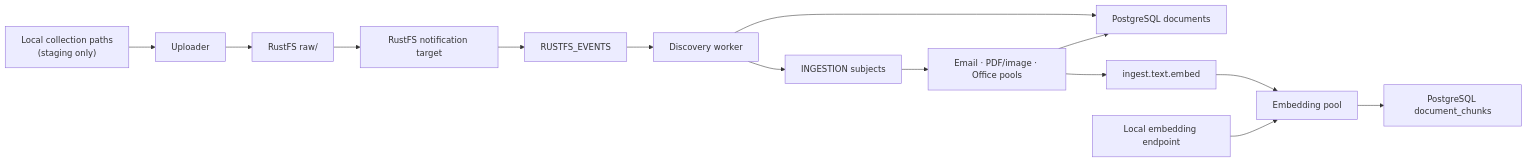
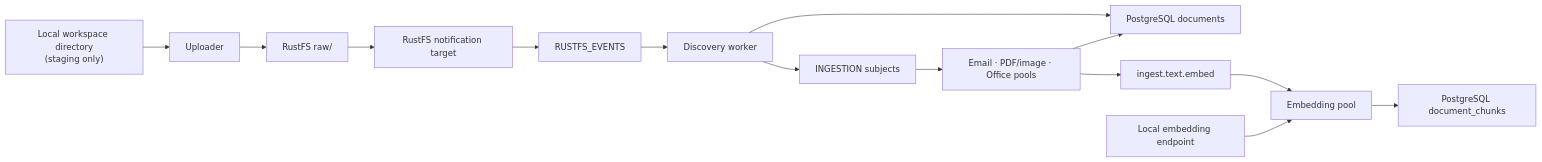
Before and after one commit to suankan/pocket-advisor: the diagram in docs/ingestion-design.md, drawn with Mermaid. The commit also changed other lines of this file and 51 other files, not shown here.

````diff
--- a/docs/ingestion-design.md
+++ b/docs/ingestion-design.md
@@ -20,16 +20,16 @@
 ```mermaid
 flowchart LR
-  Source["Local collection paths\n(staging only)"] --> Upload["Uploader"]
+  Source["Local workspace directory\n(staging only)"] --> Upload["Uploader"]
   Upload --> Raw["RustFS raw/"]
   Raw --> Notify["RustFS notification target"]
   Notify --> Events["RUSTFS_EVENTS"]
   Events --> Discovery["Discovery worker"]
   Discovery --> Docs["PostgreSQL documents"]
   Discovery --> Work["INGESTION subjects"]
   Work --> Extract["Email · PDF/image · Office pools"]
   Extract --> Docs
   Extract --> EmbedQ["ingest.text.embed"]
   EmbedQ --> Indexer["Embedding pool"]
   Indexer --> Chunks["PostgreSQL document_chunks"]
   Model["Local embedding endpoint"] --> Indexer
 ```
````
